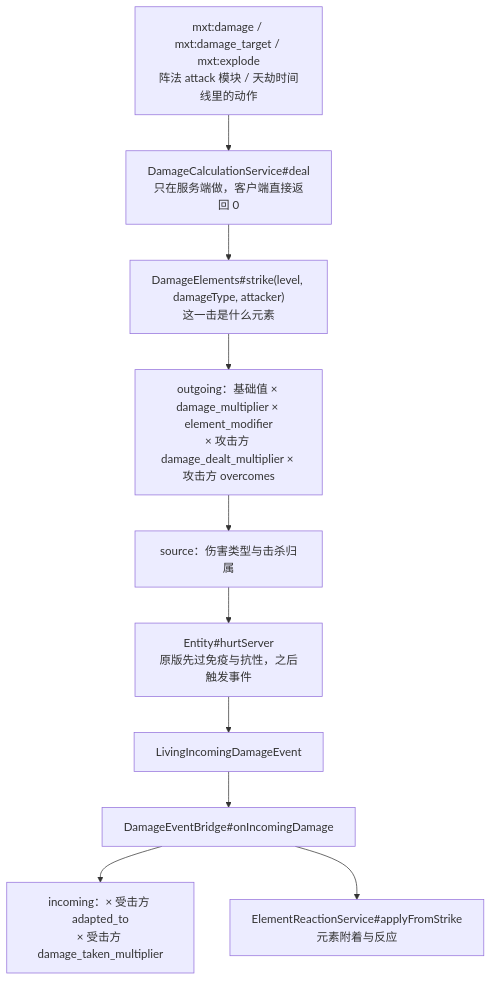
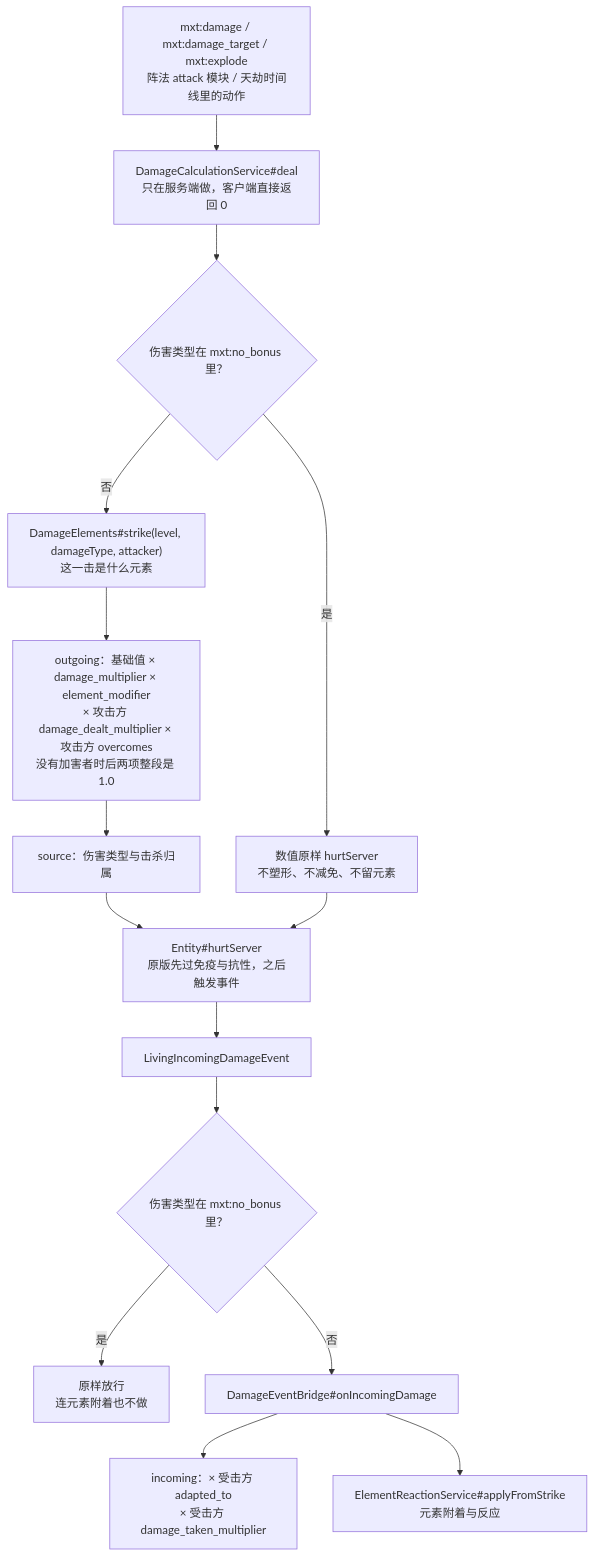
The first of 2 diagrams in docs/technical/damage.md (IAFEnvoy/mxt-docs), drawn with Mermaid before and after one commit. The commit also changed other lines of this file and 77 other files, not shown here.

Commit message:
mermaid refactor, more content

````diff
--- a/docs/technical/damage.md
+++ b/docs/technical/damage.md
@@ -23,12 +23,17 @@
 ```mermaid
 flowchart TD
     A["mxt:damage / mxt:damage_target / mxt:explode<br/>阵法 attack 模块 / 天劫时间线里的动作"] --> DEAL
-    DEAL["DamageCalculationService#deal<br/>只在服务端做，客户端直接返回 0"] --> STRIKE["DamageElements#strike(level, damageType, attacker)<br/>这一击是什么元素"]
-    STRIKE --> OUT["outgoing：基础值 × damage_multiplier × element_modifier<br/>× 攻击方 damage_dealt_multiplier × 攻击方 overcomes"]
+    DEAL["DamageCalculationService#deal<br/>只在服务端做，客户端直接返回 0"] --> TAG{"伤害类型在 mxt:no_bonus 里？"}
+    TAG -->|是| RAW["数值原样 hurtServer<br/>不塑形、不减免、不留元素"]
+    TAG -->|否| STRIKE["DamageElements#strike(level, damageType, attacker)<br/>这一击是什么元素"]
+    STRIKE --> OUT["outgoing：基础值 × damage_multiplier × element_modifier<br/>× 攻击方 damage_dealt_multiplier × 攻击方 overcomes<br/>没有加害者时后两项整段是 1.0"]
     OUT --> SRC["source：伤害类型与击杀归属"]
     SRC --> HURT["Entity#hurtServer<br/>原版先过免疫与抗性，之后触发事件"]
+    RAW --> HURT
     HURT --> EV["LivingIncomingDamageEvent"]
-    EV --> BRIDGE["DamageEventBridge#onIncomingDamage"]
+    EV --> TAG2{"伤害类型在 mxt:no_bonus 里？"}
+    TAG2 -->|是| RAW2["原样放行<br/>连元素附着也不做"]
+    TAG2 -->|否| BRIDGE["DamageEventBridge#onIncomingDamage"]
     BRIDGE --> IN["incoming：× 受击方 adapted_to<br/>× 受击方 damage_taken_multiplier"]
     BRIDGE --> REACT["ElementReactionService#applyFromStrike<br/>元素附着与反应"]
 ```
````
